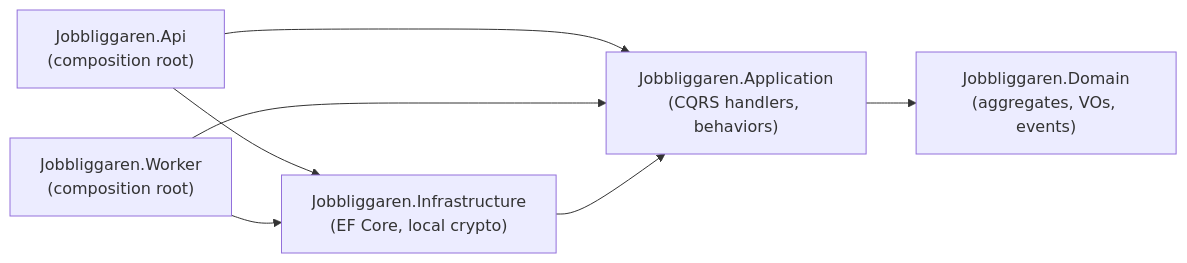
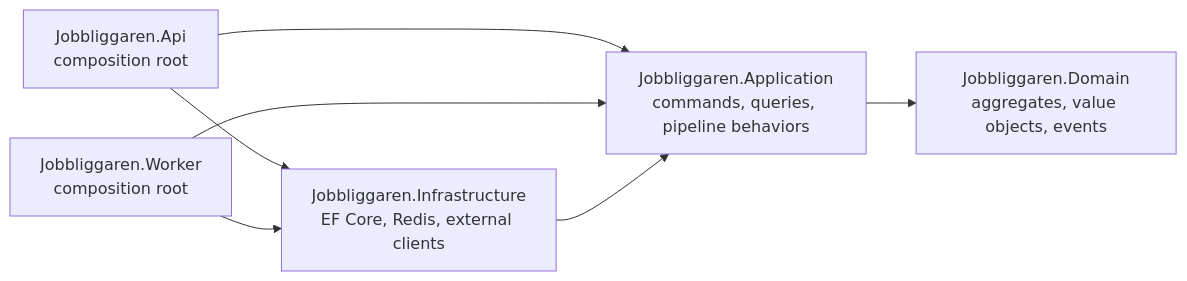
Before and after one commit to klasolsson81/jobbliggaren: the first of 3 diagrams in README.md, drawn with Mermaid. The commit also changed other lines of this file and 1 other file, not shown here.

````diff
--- a/README.md
+++ b/README.md
@@ -294,15 +61,15 @@
 ```mermaid
 flowchart LR
-    Api["Jobbliggaren.Api<br/>(composition root)"]
-    Worker["Jobbliggaren.Worker<br/>(composition root)"]
-    Infra["Jobbliggaren.Infrastructure<br/>(EF Core, local crypto)"]
-    App["Jobbliggaren.Application<br/>(CQRS handlers, behaviors)"]
-    Domain["Jobbliggaren.Domain<br/>(aggregates, VOs, events)"]
+    Api["Jobbliggaren.Api<br/>composition root"]
+    Worker["Jobbliggaren.Worker<br/>composition root"]
+    Infra["Jobbliggaren.Infrastructure<br/>EF Core, Redis, external clients"]
+    App["Jobbliggaren.Application<br/>commands, queries, pipeline behaviors"]
+    Domain["Jobbliggaren.Domain<br/>aggregates, value objects, events"]
 
     Api --> App
     Api --> Infra
     Worker --> App
     Worker --> Infra
     Infra --> App
     App --> Domain
 ```
````
